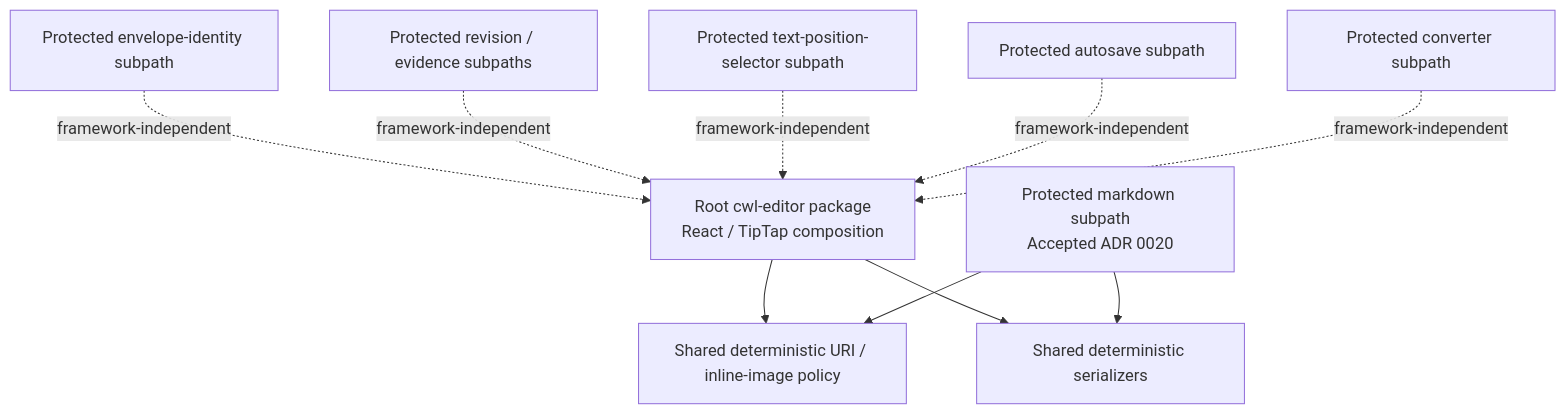
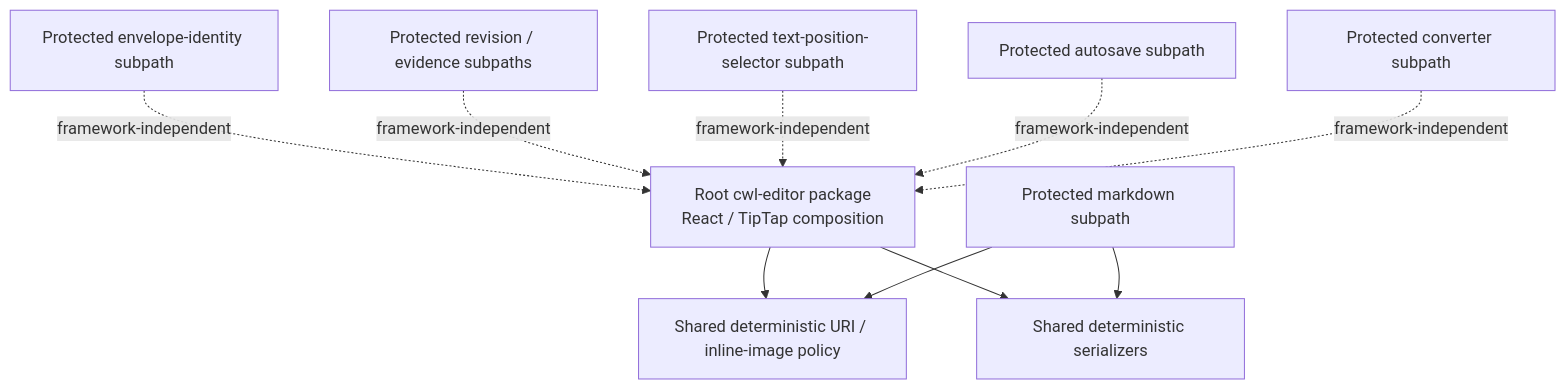
The first of 3 diagrams in ARCHITECTURE.md (ContextualWisdomLab/inkspan), drawn with Mermaid before and after one commit. The commit also changed other lines of this file and 1 other file, not shown here.

Commit message:
test(docs): preserve newer architecture while enforcing maturity truth

````diff
--- a/ARCHITECTURE.md
+++ b/ARCHITECTURE.md
@@ -38,22 +40,22 @@
 ```mermaid
 flowchart TB
   Root[Root cwl-editor package\nReact / TipTap composition]
   Envelope[Protected envelope-identity subpath]
   Revision[Protected revision / evidence subpaths]
   Selector[Protected text-position-selector subpath]
   Autosave[Protected autosave subpath]
   Converter[Protected converter subpath]
-  Markdown[Protected markdown subpath\nAccepted ADR 0020]
+  Markdown[Protected markdown subpath]
   SharedPolicy[Shared deterministic URI / inline-image policy]
   Serializers[Shared deterministic serializers]
 
   Root --> SharedPolicy
   Root --> Serializers
   Envelope -. framework-independent .-> Root
   Revision -. framework-independent .-> Root
   Selector -. framework-independent .-> Root
   Autosave -. framework-independent .-> Root
   Converter -. framework-independent .-> Root
   Markdown --> SharedPolicy
   Markdown --> Serializers
 ```
````
